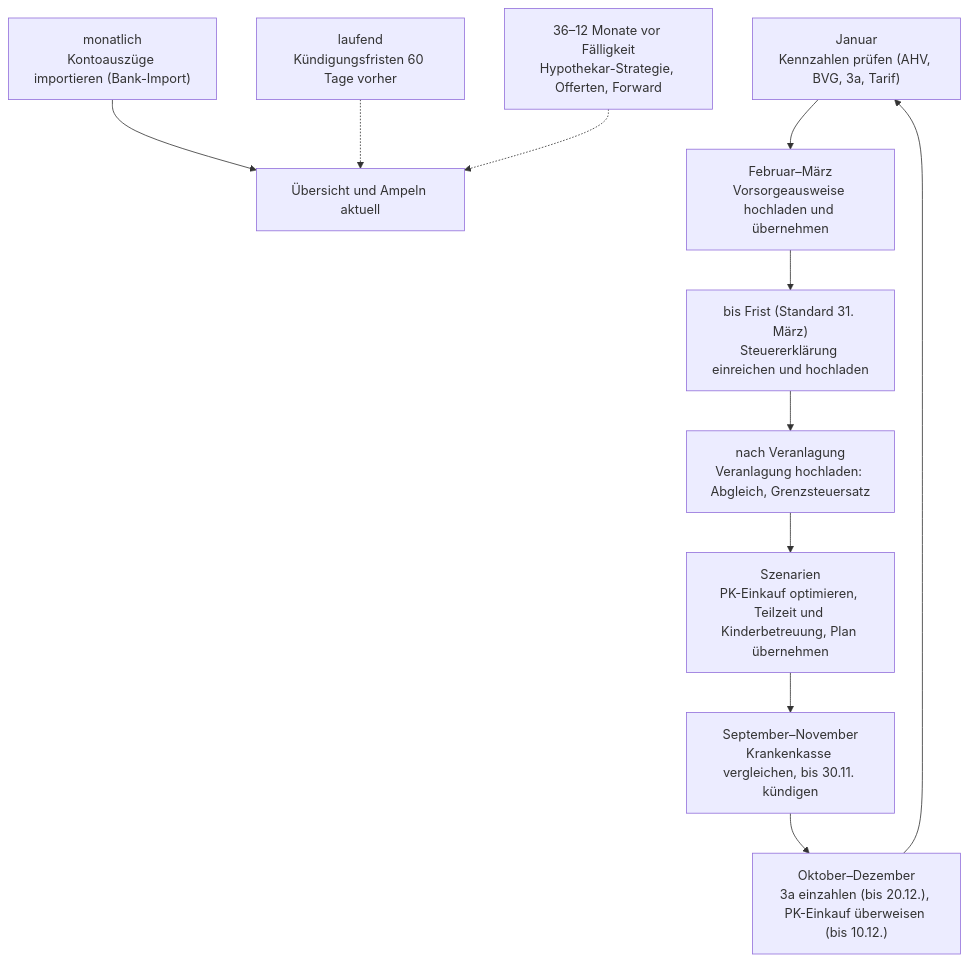
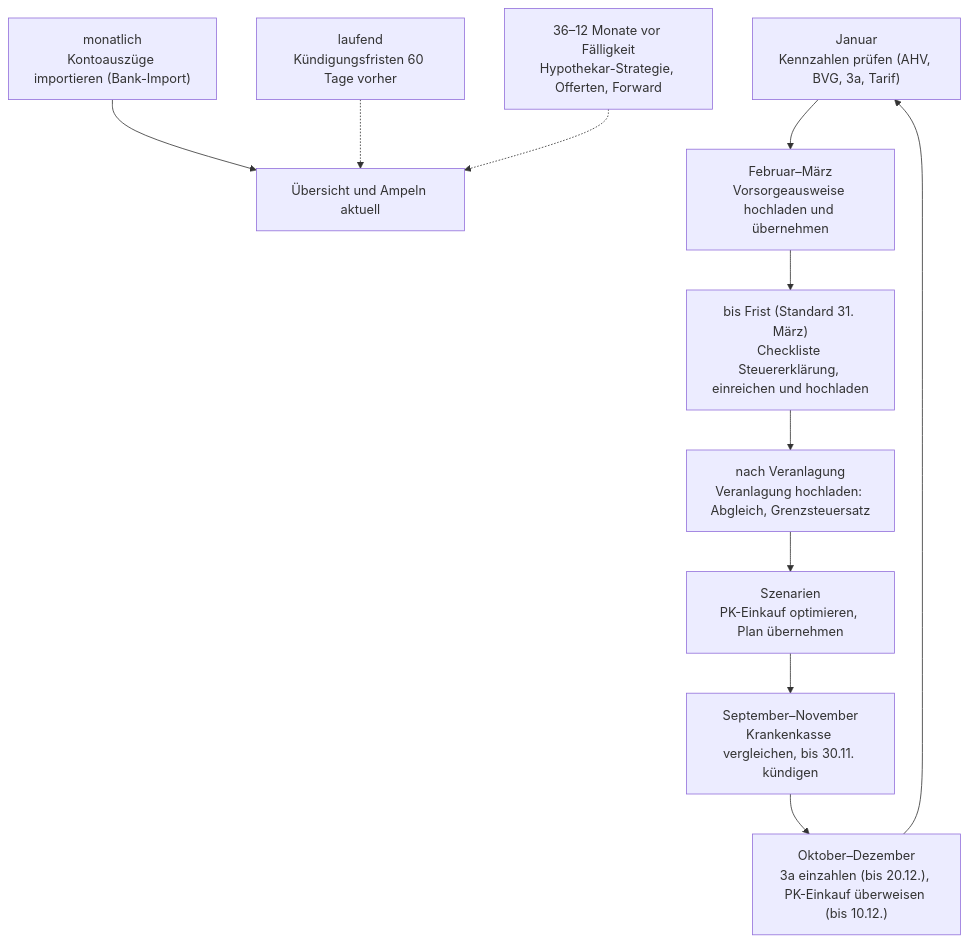
Before and after one commit to khu1985/finanz-ha: the seventh of 7 diagrams in README.md, drawn with Mermaid. The commit also changed other lines of this file, not shown here.

Commit message:
Doku: Teilzeit in der Funktionsübersicht

````diff
--- a/README.md
+++ b/README.md
@@ -268,13 +268,13 @@
 ```mermaid
 flowchart TD
     M["monatlich<br/>Kontoauszüge importieren (Bank-Import)"] --> UE["Übersicht und Ampeln aktuell"]
     J["Januar<br/>Kennzahlen prüfen (AHV, BVG, 3a, Tarif)"] --> F
     F["Februar–März<br/>Vorsorgeausweise hochladen und übernehmen"] --> SE
-    SE["bis Frist (Standard 31. März)<br/>Steuererklärung einreichen und hochladen"] --> VE
+    SE["bis Frist (Standard 31. März)<br/>Checkliste Steuererklärung, einreichen und hochladen"] --> VE
     VE["nach Veranlagung<br/>Veranlagung hochladen: Abgleich, Grenzsteuersatz"] --> SZ
-    SZ["Szenarien<br/>PK-Einkauf optimieren, Teilzeit und Kinderbetreuung, Plan übernehmen"] --> KV
+    SZ["Szenarien<br/>PK-Einkauf optimieren, Plan übernehmen"] --> KV
     KV["September–November<br/>Krankenkasse vergleichen, bis 30.11. kündigen"] --> DZ
     DZ["Oktober–Dezember<br/>3a einzahlen (bis 20.12.), PK-Einkauf überweisen (bis 10.12.)"] --> J
     VT["laufend<br/>Kündigungsfristen 60 Tage vorher"] -.-> UE
     HY["36–12 Monate vor Fälligkeit<br/>Hypothekar-Strategie, Offerten, Forward"] -.-> UE
 ```
````
